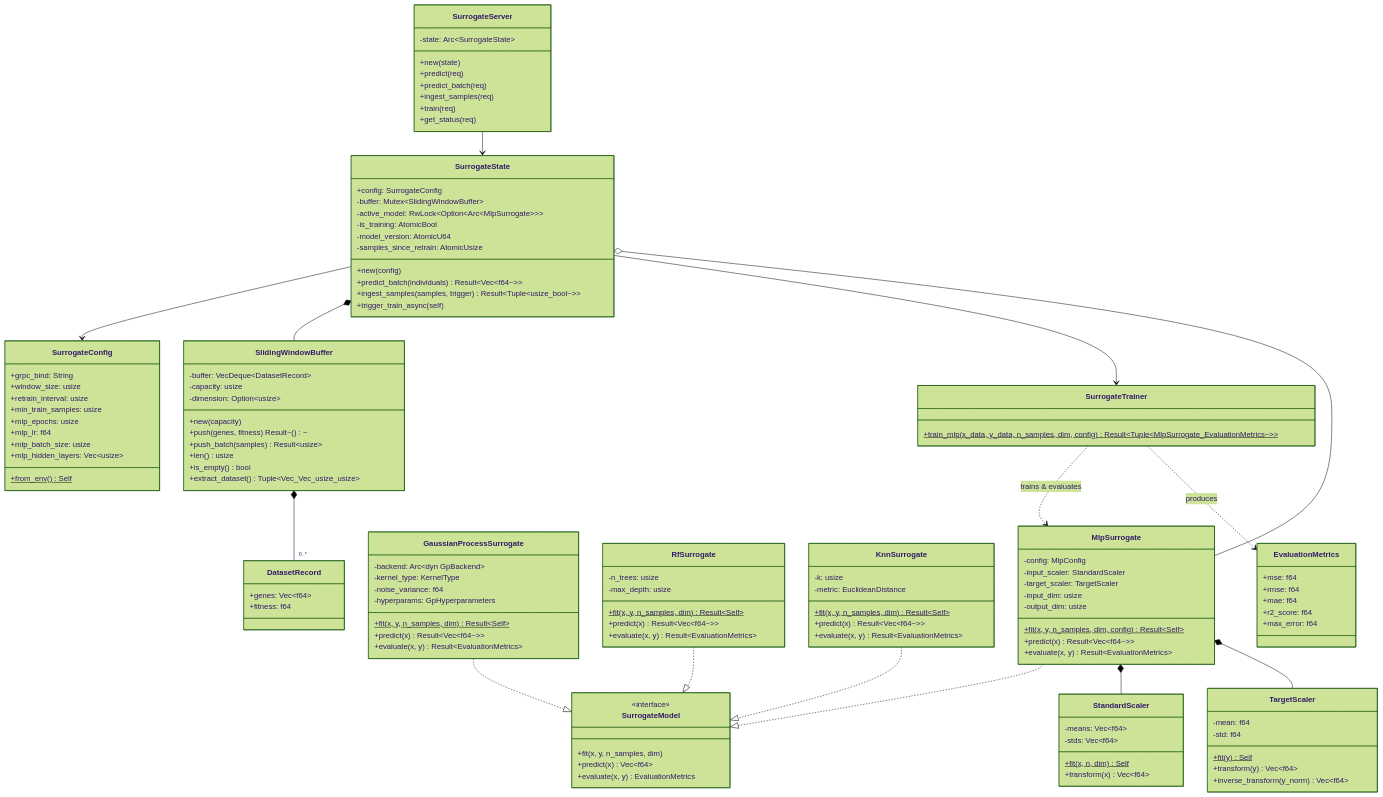
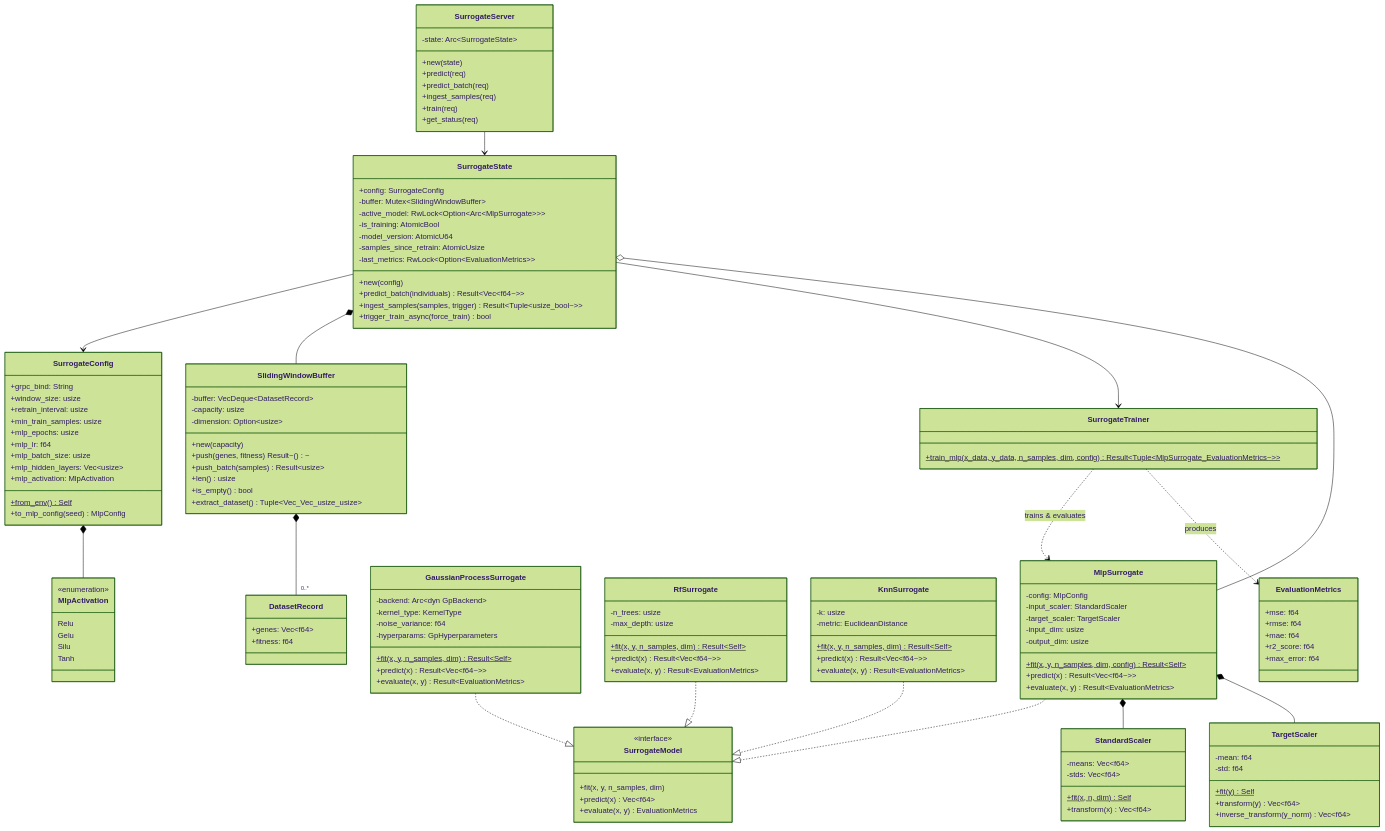
Before and after one commit to Mauragkas/thesis_grpc_lead_dga_cfd: the diagram in surrogate_node/docs/domain-model.mmd, drawn with Mermaid (forest theme). The commit also changed 37 other files, not shown here.

First line of the commit message:
docs(architecture): synchronize domain models, use cases, and sequence diagrams with codebase

```diff
--- a/surrogate_node/docs/domain-model.mmd
+++ b/surrogate_node/docs/domain-model.mmd
@@ -1,145 +1,156 @@
 classDiagram
 direction TB
 
 %% Service Subsystem
+class MlpActivation <<enumeration>> {
+  Relu
+  Gelu
+  Silu
+  Tanh
+}
+
 class SurrogateConfig {
   +grpc_bind: String
   +window_size: usize
   +retrain_interval: usize
   +min_train_samples: usize
   +mlp_epochs: usize
   +mlp_lr: f64
   +mlp_batch_size: usize
   +mlp_hidden_layers: Vec~usize~
+  +mlp_activation: MlpActivation
   +from_env()$ Self
+  +to_mlp_config(seed) MlpConfig
 }
 
 class SlidingWindowBuffer {
   -buffer: VecDeque~DatasetRecord~
   -capacity: usize
   -dimension: Option~usize~
   +new(capacity)
   +push(genes, fitness) Result~()~
   +push_batch(samples) Result~usize~
   +len() usize
   +is_empty() bool
   +extract_dataset() Tuple~Vec_Vec_usize_usize~
 }
 
 class SurrogateTrainer {
   +train_mlp(x_data, y_data, n_samples, dim, config)$ Result~Tuple~MlpSurrogate_EvaluationMetrics~~~
 }
 
 class SurrogateState {
   +config: SurrogateConfig
   -buffer: Mutex~SlidingWindowBuffer~
   -active_model: RwLock~Option~Arc~MlpSurrogate~~~
   -is_training: AtomicBool
   -model_version: AtomicU64
   -samples_since_retrain: AtomicUsize
+  -last_metrics: RwLock~Option~EvaluationMetrics~~
   +new(config)
   +predict_batch(individuals) Result~Vec~f64~~~
   +ingest_samples(samples, trigger) Result~Tuple~usize_bool~~~
-  +trigger_train_async(self)
+  +trigger_train_async(force_train) bool
 }
 
 class SurrogateServer {
   -state: Arc~SurrogateState~
   +new(state)
   +predict(req)
   +predict_batch(req)
   +ingest_samples(req)
   +train(req)
   +get_status(req)
 }
 
 %% Models Subsystem
 class SurrogateModel <<interface>> {
   +fit(x, y, n_samples, dim)
   +predict(x) Vec~f64~
   +evaluate(x, y) EvaluationMetrics
 }
 
 class MlpSurrogate {
   -config: MlpConfig
   -input_scaler: StandardScaler
   -target_scaler: TargetScaler
   -input_dim: usize
   -output_dim: usize
   +fit(x, y, n_samples, dim, config)$ Result~Self~
   +predict(x) Result~Vec~f64~~~
   +evaluate(x, y) Result~EvaluationMetrics~
 }
 
 class GaussianProcessSurrogate {
   -backend: Arc~dyn GpBackend~
   -kernel_type: KernelType
   -noise_variance: f64
   -hyperparams: GpHyperparameters
   +fit(x, y, n_samples, dim)$ Result~Self~
   +predict(x) Result~Vec~f64~~~
   +evaluate(x, y) Result~EvaluationMetrics~
 }
 
 class RfSurrogate {
   -n_trees: usize
   -max_depth: usize
   +fit(x, y, n_samples, dim)$ Result~Self~
   +predict(x) Result~Vec~f64~~~
   +evaluate(x, y) Result~EvaluationMetrics~
 }
 
 class KnnSurrogate {
   -k: usize
   -metric: EuclideanDistance
   +fit(x, y, n_samples, dim)$ Result~Self~
   +predict(x) Result~Vec~f64~~~
   +evaluate(x, y) Result~EvaluationMetrics~
 }
 
 %% Data & Domain
 class DatasetRecord {
   +genes: Vec~f64~
   +fitness: f64
 }
 
 class EvaluationMetrics {
   +mse: f64
   +rmse: f64
   +mae: f64
   +r2_score: f64
   +max_error: f64
 }
 
 class StandardScaler {
   -means: Vec~f64~
   -stds: Vec~f64~
   +fit(x, n, dim)$ Self
   +transform(x) Vec~f64~
 }
 
 class TargetScaler {
   -mean: f64
   -std: f64
   +fit(y)$ Self
   +transform(y) Vec~f64~
   +inverse_transform(y_norm) Vec~f64~
 }
 
 %% Relationships
+SurrogateConfig *-- MlpActivation
 SurrogateServer --> SurrogateState
 SurrogateState --> SurrogateConfig
 SurrogateState *-- SlidingWindowBuffer
 SurrogateState --> SurrogateTrainer
 SurrogateState o-- MlpSurrogate
 SlidingWindowBuffer *-- "0..*" DatasetRecord
 
 MlpSurrogate ..|> SurrogateModel
 GaussianProcessSurrogate ..|> SurrogateModel
 RfSurrogate ..|> SurrogateModel
 KnnSurrogate ..|> SurrogateModel
 
 MlpSurrogate *-- StandardScaler
 MlpSurrogate *-- TargetScaler
 SurrogateTrainer ..> MlpSurrogate : trains & evaluates
 SurrogateTrainer ..> EvaluationMetrics : produces
```
